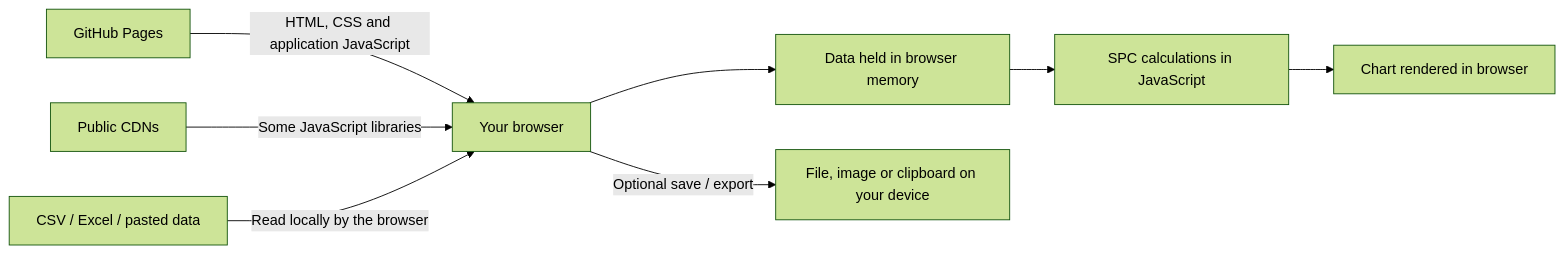
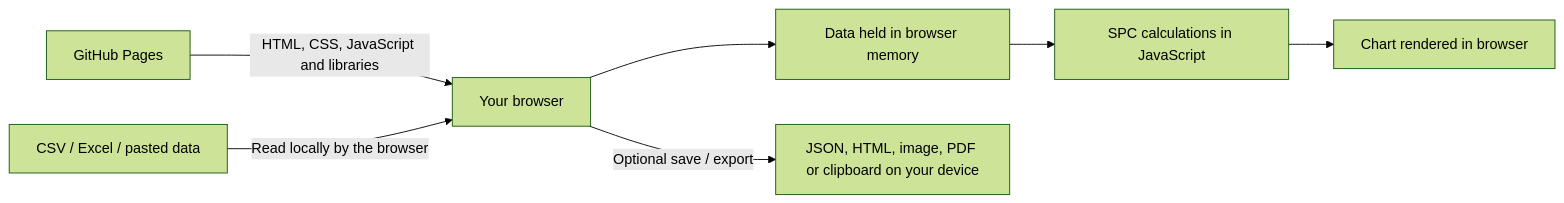
One commit to FreeSPC-nhs/spc-web-tool changed the diagram in README.md. Above: the diagram before and after it, drawn with Mermaid (forest theme). The commit also changed other lines of this file and 4 other files, not shown here.

````diff
--- a/README.md
+++ b/README.md
@@ -60,10 +92,9 @@
 ```mermaid
 flowchart LR
-    A[GitHub Pages] -->|HTML, CSS and application JavaScript| B[Your browser]
-    H[Public CDNs] -->|Some JavaScript libraries| B
+    A[GitHub Pages] -->|HTML, CSS, JavaScript and libraries| B[Your browser]
     C[CSV / Excel / pasted data] -->|Read locally by the browser| B
     B --> D[Data held in browser memory]
     D --> E[SPC calculations in JavaScript]
     E --> F[Chart rendered in browser]
-    B -->|Optional save / export| G[File, image or clipboard on your device]
+    B -->|Optional save / export| G[JSON, HTML, image, PDF or clipboard on your device]
 ```
````
